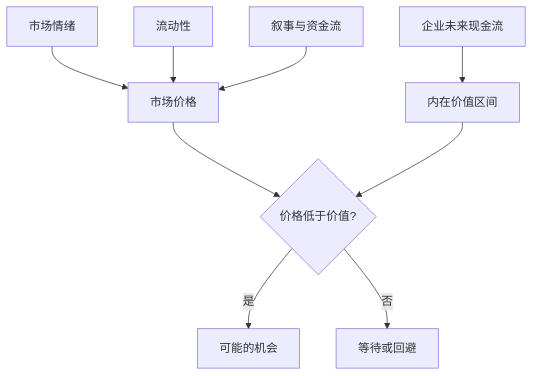
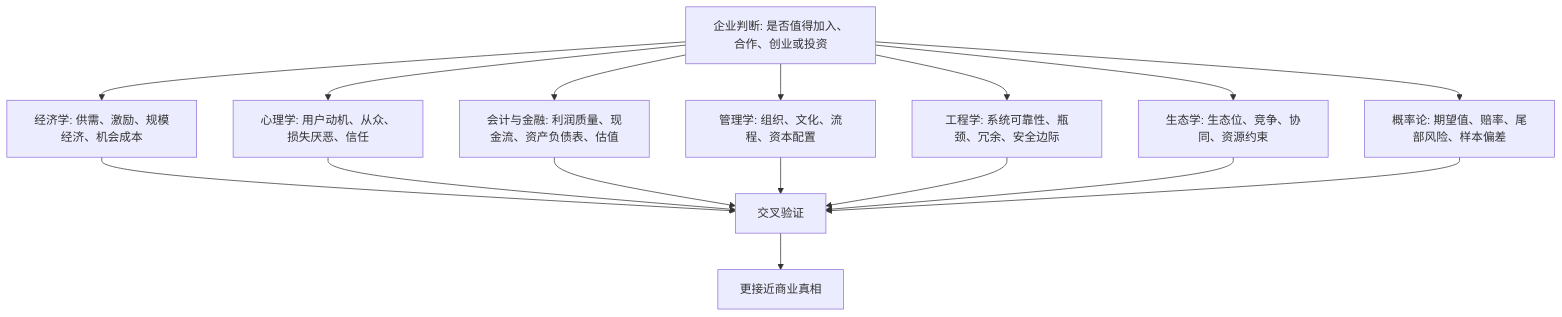
One commit to digoal/blog changed the diagram in 202605/20260519_28.md. Above: the diagram before and after it, drawn with Mermaid. The commit also changed other lines of this file and 51 other files, not shown here.

````diff
--- a/202605/20260519_28.md
+++ b/202605/20260519_28.md
@@ -22,11 +22,18 @@
 ```mermaid
 flowchart TD
-  A["企业未来现金流"] --> B["内在价值区间"]
-  C["市场情绪"] --> D["市场价格"]
-  E["流动性"] --> D
-  F["叙事与资金流"] --> D
-  D --> G{"价格低于价值?"}
-  G -- "是" --> H["可能的机会"]
-  G -- "否" --> I["等待或回避"]
-  B --> G
+  A["企业判断: 是否值得加入、合作、创业或投资"] --> B["经济学: 供需、激励、规模经济、机会成本"]
+  A --> C["心理学: 用户动机、从众、损失厌恶、信任"]
+  A --> D["会计与金融: 利润质量、现金流、资产负债表、估值"]
+  A --> E["管理学: 组织、文化、流程、资本配置"]
+  A --> F["工程学: 系统可靠性、瓶颈、冗余、安全边际"]
+  A --> G["生态学: 生态位、竞争、协同、资源约束"]
+  A --> H["概率论: 期望值、赔率、尾部风险、样本偏差"]
+  B --> I["交叉验证"]
+  C --> I
+  D --> I
+  E --> I
+  F --> I
+  G --> I
+  H --> I
+  I --> J["更接近商业真相"]
 ```
````
